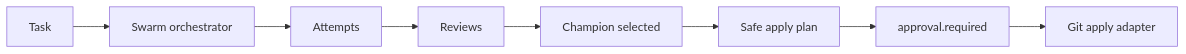
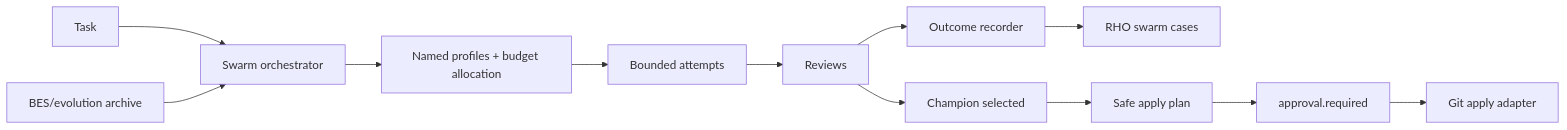
The sixth of 6 diagrams in docs/architecture/feature-architecture-map.md (PhantomG27249/helios-forge), drawn with Mermaid before and after one commit. The commit also changed other lines of this file, not shown here.

Commit message:
docs: update feature architecture for evolution upgrades

````diff
--- a/docs/architecture/feature-architecture-map.md
+++ b/docs/architecture/feature-architecture-map.md
@@ -224,10 +243,14 @@
 ```mermaid
 flowchart LR
   Task["Task"] --> Swarm["Swarm orchestrator"]
-  Swarm --> Attempts["Attempts"]
+  EvolutionArchive["BES/evolution archive"] --> Swarm
+  Swarm --> Profiles["Named profiles + budget allocation"]
+  Profiles --> Attempts["Bounded attempts"]
   Attempts --> Reviews["Reviews"]
   Reviews --> Champion["Champion selected"]
+  Reviews --> Outcome["Outcome recorder"]
+  Outcome --> RHO["RHO swarm cases"]
   Champion --> Plan["Safe apply plan"]
   Plan --> Approval["approval.required"]
   Approval --> GitApply["Git apply adapter"]
 ```
````
